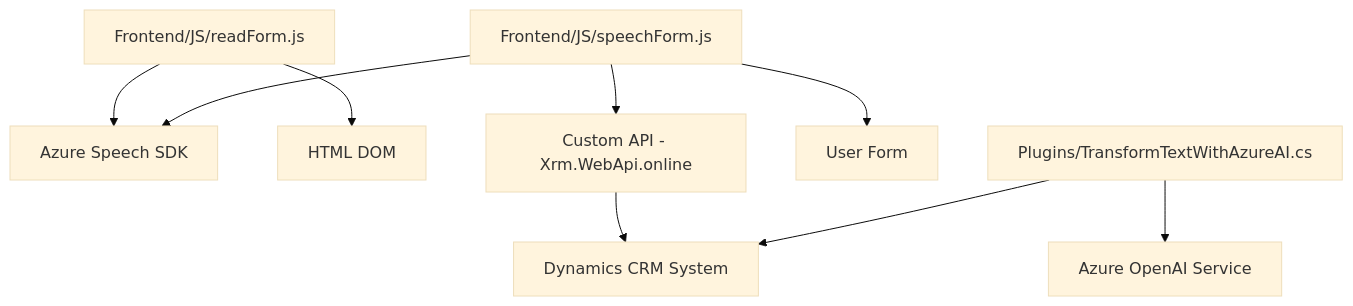
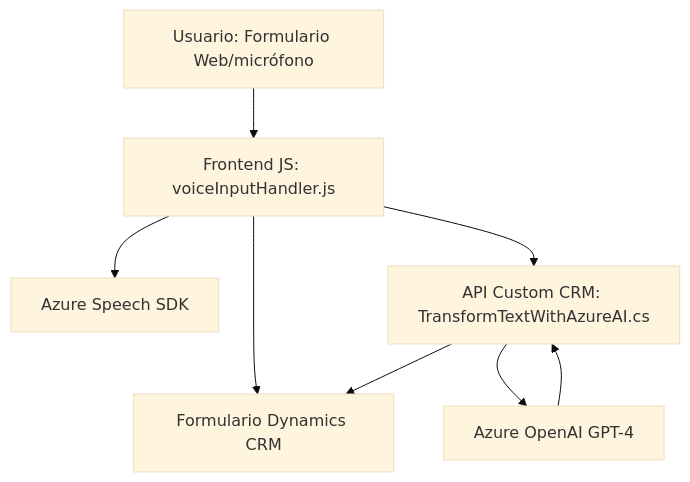
Before and after one commit to blopezdm/NETCORE_BILBAO2025: the diagram in README.md, drawn with Mermaid (base theme). The commit also changed other lines of this file, not shown here.

````diff
--- a/README.md
+++ b/README.md
@@ -19,11 +34,17 @@
 ```mermaid
 graph TD
-    A["Frontend/JS/readForm.js"] --> B["Azure Speech SDK"]
-    A["Frontend/JS/readForm.js"] --> C["HTML DOM"]
-    D["Frontend/JS/speechForm.js"] --> B["Azure Speech SDK"]
-    D["Frontend/JS/speechForm.js"] --> E["Custom API - Xrm.WebApi.online"]
-    E["Custom API - Xrm.WebApi.online"] --> G["Dynamics CRM System"]
-    D["Frontend/JS/speechForm.js"] --> F["User Form"]
-    H["Plugins/TransformTextWithAzureAI.cs"] --> G["Dynamics CRM System"]
-    H["Plugins/TransformTextWithAzureAI.cs"] --> I["Azure OpenAI Service"]
+    A["Usuario: Formulario Web/micrófono"]
+    B["Frontend JS: voiceInputHandler.js"]
+    C["Azure Speech SDK"]
+    D["Formulario Dynamics CRM"]
+    E["API Custom CRM: TransformTextWithAzureAI.cs"]
+    F["Azure OpenAI GPT-4"]
+
+    A --> B
+    B --> C
+    B --> D
+    B --> E
+    E --> F
+    F --> E
+    E --> D
 ```
````
